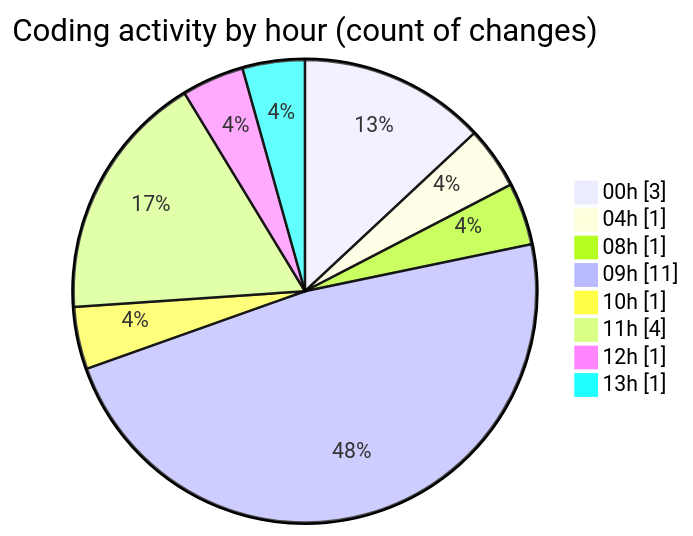
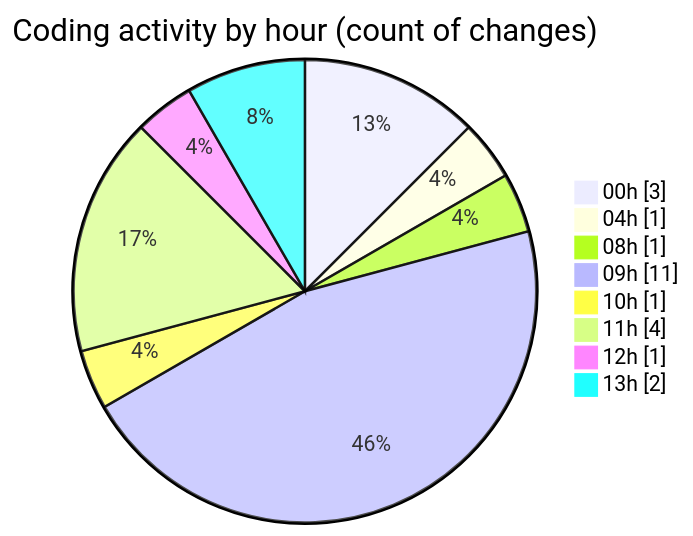
One commit to tmsrecording-cyber/code-tracking changed the second of 2 diagrams in 2026-02-03/singularitybrainai/README.md. Above: the diagram before and after it, drawn with Mermaid. The commit also changed other lines of this file and 1 other file, not shown here.

````diff
--- a/2026-02-03/singularitybrainai/README.md
+++ b/2026-02-03/singularitybrainai/README.md
@@ -33,12 +33,12 @@
 ```mermaid
 pie showData
 title Coding activity by hour (count of changes)
 "00h" : 3
 "04h" : 1
 "08h" : 1
 "09h" : 11
 "10h" : 1
 "11h" : 4
 "12h" : 1
-"13h" : 1
+"13h" : 2
 ```
````
